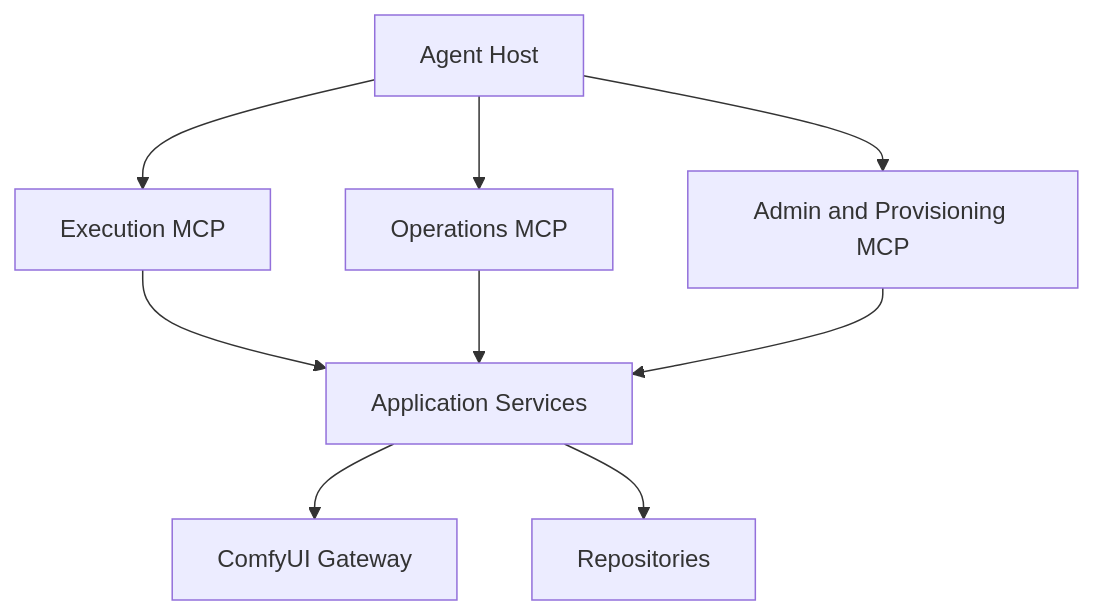
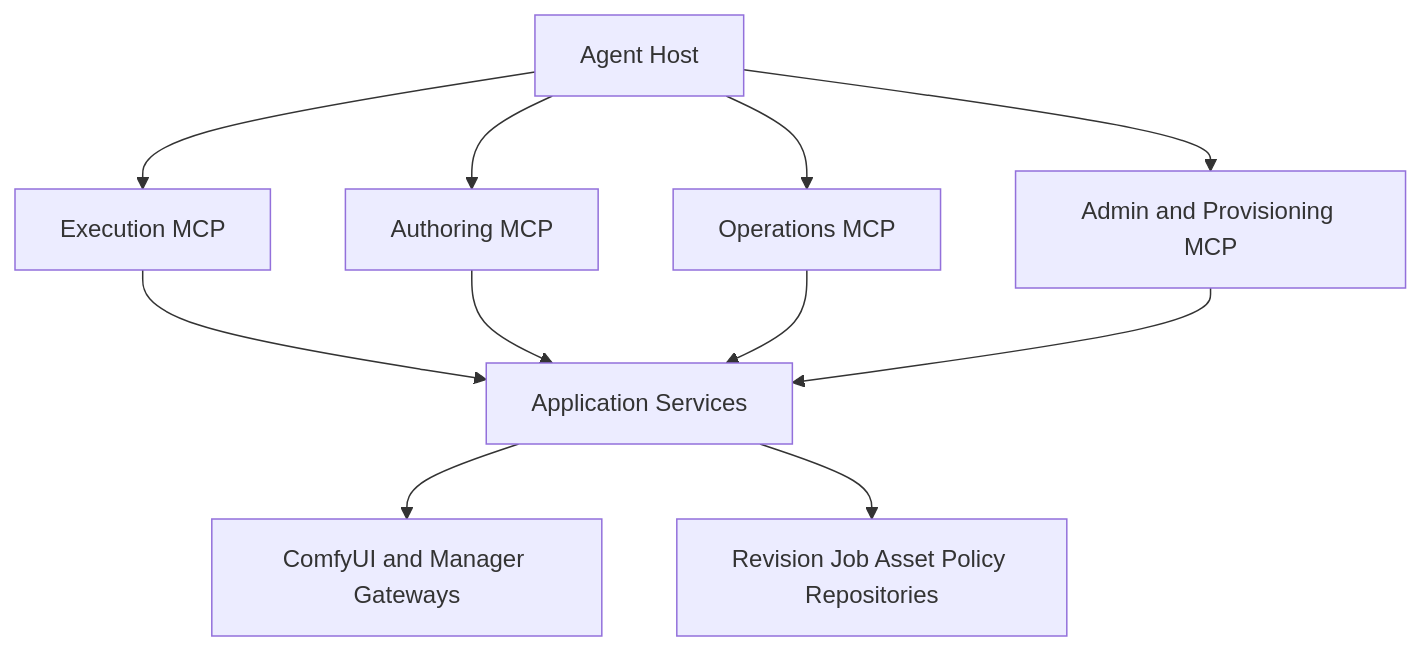
The second of 3 diagrams in MCP_AGENT_NATIVE_CONTROL_PLANE.zh-CN.md (ShiroEirin/ComfyUI_MCP_Skills), drawn with Mermaid before and after one commit. The commit also changed other lines of this file, not shown here.

Commit message:
docs: expand agent-native ComfyUI control plane

````diff
--- a/MCP_AGENT_NATIVE_CONTROL_PLANE.zh-CN.md
+++ b/MCP_AGENT_NATIVE_CONTROL_PLANE.zh-CN.md
@@ -462,11 +943,13 @@
 ```mermaid
 flowchart TD
     Host[Agent Host] --> Exec[Execution MCP]
+    Host --> Author[Authoring MCP]
     Host --> Ops[Operations MCP]
     Host --> Admin[Admin and Provisioning MCP]
     Exec --> Core[Application Services]
+    Author --> Core
     Ops --> Core
     Admin --> Core
-    Core --> Gateway[ComfyUI Gateway]
-    Core --> Repos[Repositories]
+    Core --> Gateway[ComfyUI and Manager Gateways]
+    Core --> State[Revision Job Asset Policy Repositories]
 ```
````
